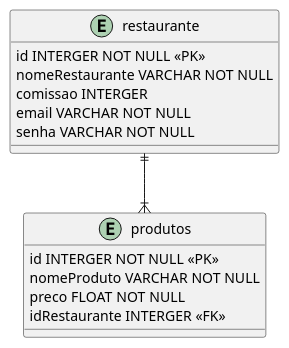
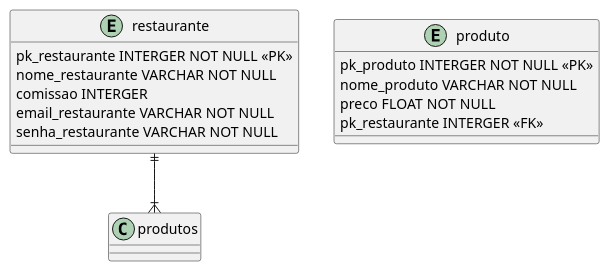
The diagram in modelagem/banco.wsd (galaticghost/AndroidFood), drawn with PlantUML before and after one commit. The commit also changed 3 other files, not shown here.

```diff
--- a/modelagem/banco.wsd
+++ b/modelagem/banco.wsd
@@ -1,20 +1,20 @@
 @startuml Banco de Dados
 
 entity restaurante{
-    id INTERGER NOT NULL <<PK>>
-    nomeRestaurante VARCHAR NOT NULL
+    pk_restaurante INTERGER NOT NULL <<PK>>
+    nome_restaurante VARCHAR NOT NULL
     comissao INTERGER
-    email VARCHAR NOT NULL
-    senha VARCHAR NOT NULL
+    email_restaurante VARCHAR NOT NULL
+    senha_restaurante VARCHAR NOT NULL
 }
 
-entity produtos{
-    id INTERGER NOT NULL <<PK>>
-    nomeProduto VARCHAR NOT NULL 
+entity produto{
+    pk_produto INTERGER NOT NULL <<PK>>
+    nome_produto VARCHAR NOT NULL 
     preco FLOAT NOT NULL
-    idRestaurante INTERGER <<FK>>
+    pk_restaurante INTERGER <<FK>>
 }
 
 restaurante ||--|{ produtos
 
 @enduml
```
